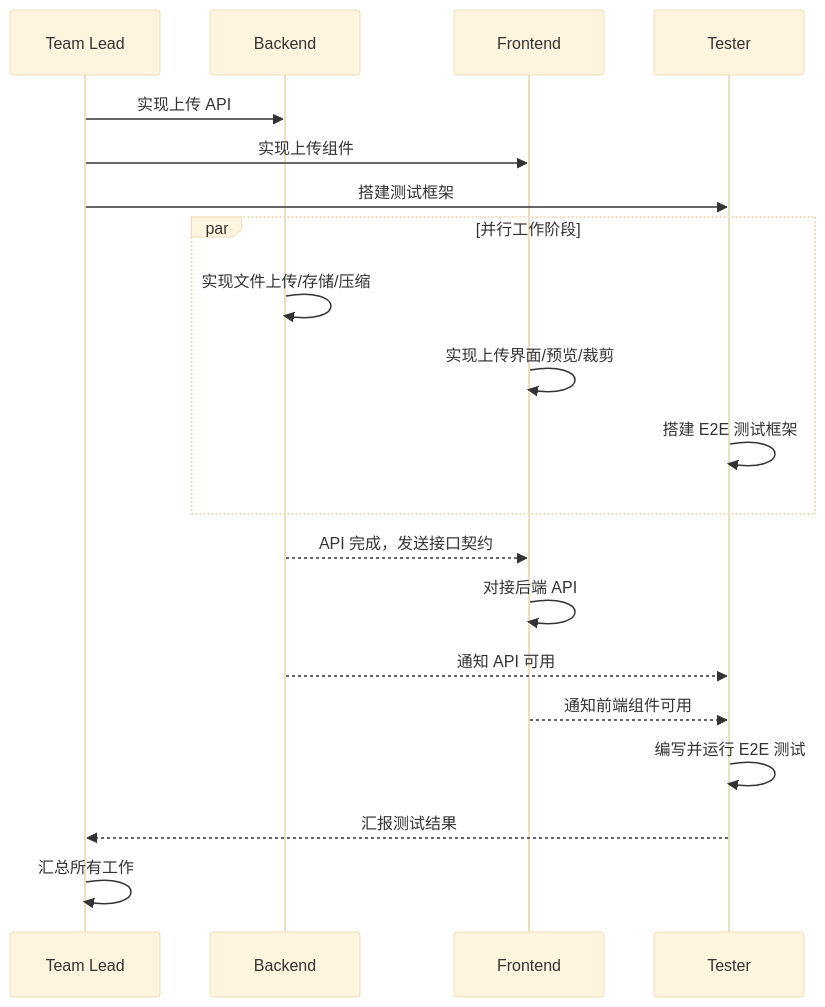
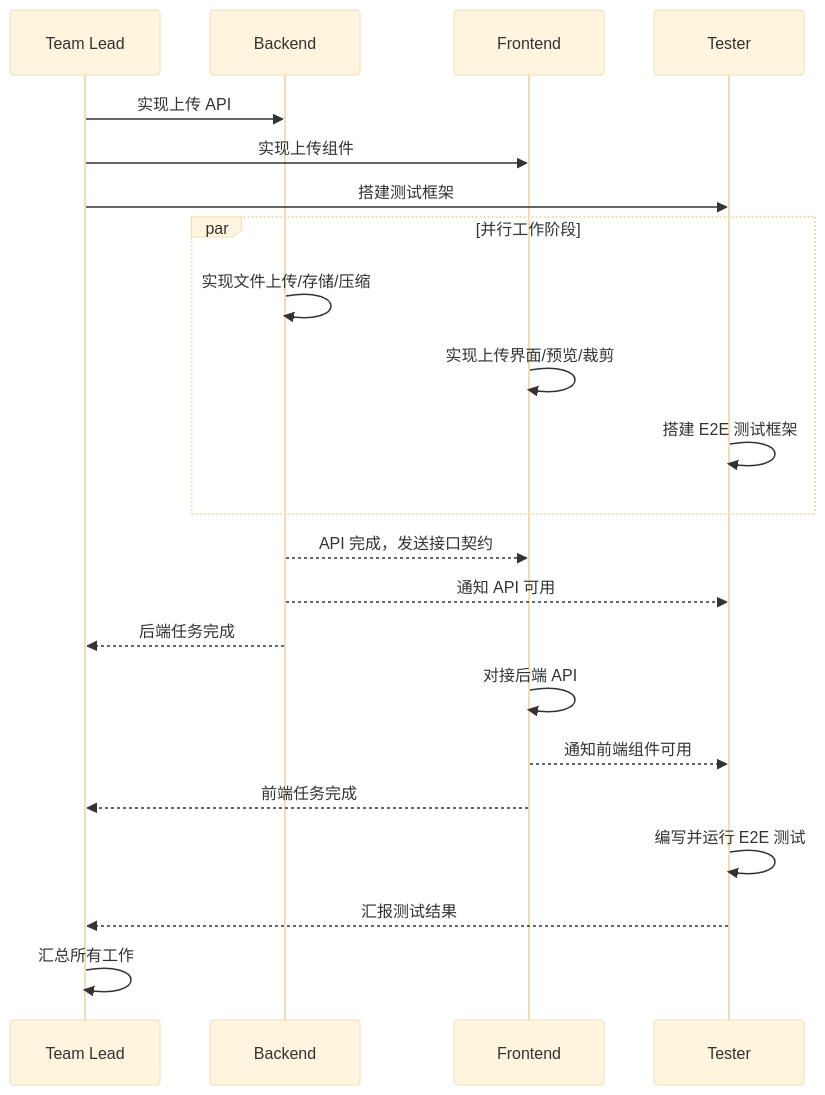
Before and after one commit to riba2534/blog: the sixth of 6 diagrams in content/blog/2026/Claude-Code-Agent-Teams-多Agent协作的正确打开方式.md, drawn with Mermaid (base theme). The commit also changed other lines of this file, not shown here.

First line of the commit message:
docs: 更新多Agent协作流程图和序列图

````diff
--- a/content/blog/2026/Claude-Code-Agent-Teams-多Agent协作的正确打开方式.md
+++ b/content/blog/2026/Claude-Code-Agent-Teams-多Agent协作的正确打开方式.md
@@ -387,26 +391,30 @@
 ```mermaid
 sequenceDiagram
     participant L as Team Lead
     participant BE as Backend
     participant FE as Frontend
     participant QA as Tester
 
     L->>BE: 实现上传 API
     L->>FE: 实现上传组件
     L->>QA: 搭建测试框架
 
     par 并行工作阶段
         BE->>BE: 实现文件上传/存储/压缩
         FE->>FE: 实现上传界面/预览/裁剪
         QA->>QA: 搭建 E2E 测试框架
     end
 
     BE-->>FE: API 完成，发送接口契约
+    BE-->>QA: 通知 API 可用
+    BE-->>L: 后端任务完成
+
     FE->>FE: 对接后端 API
-    BE-->>QA: 通知 API 可用
     FE-->>QA: 通知前端组件可用
+    FE-->>L: 前端任务完成
+
     QA->>QA: 编写并运行 E2E 测试
+    QA-->>L: 汇报测试结果
 
-    QA-->>L: 汇报测试结果
     L->>L: 汇总所有工作
 ```
````
